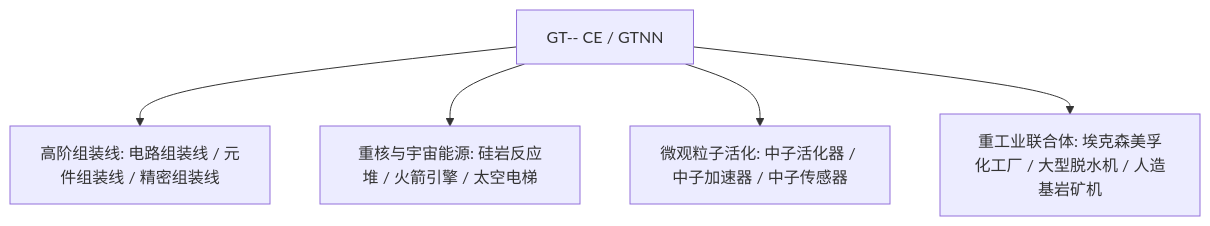
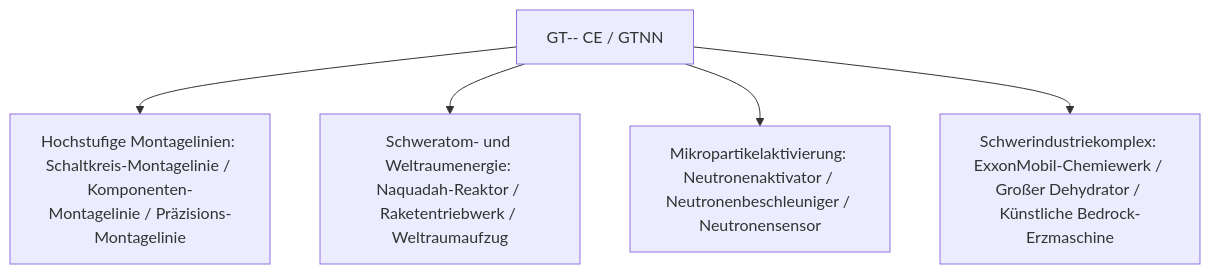
One commit to takanashisatou/GregtechEasy-Docs changed the diagram in docs/de/gt-minus-minus/index.md. Above: the diagram before and after it, drawn with Mermaid. The commit also changed other lines of this file and 99 other files, not shown here.

````diff
--- a/docs/de/gt-minus-minus/index.md
+++ b/docs/de/gt-minus-minus/index.md
@@ -12,7 +12,7 @@
 ```mermaid
 graph TD
-    A[GT-- CE / GTNN] --> B[高阶组装线: 电路组装线 / 元件组装线 / 精密组装线]
-    A --> C[重核与宇宙能源: 硅岩反应堆 / 火箭引擎 / 太空电梯]
-    A --> D[微观粒子活化: 中子活化器 / 中子加速器 / 中子传感器]
-    A --> E[重工业联合体: 埃克森美孚化工厂 / 大型脱水机 / 人造基岩矿机]
+    A[GT-- CE / GTNN] --> B[Hochstufige Montagelinien: Schaltkreis-Montagelinie / Komponenten-Montagelinie / Präzisions-Montagelinie]
+    A --> C[Schweratom- und Weltraumenergie: Naquadah-Reaktor / Raketentriebwerk / Weltraumaufzug]
+    A --> D[Mikropartikelaktivierung: Neutronenaktivator / Neutronenbeschleuniger / Neutronensensor]
+    A --> E[Schwerindustriekomplex: ExxonMobil-Chemiewerk / Großer Dehydrator / Künstliche Bedrock-Erzmaschine]
 ```
````
